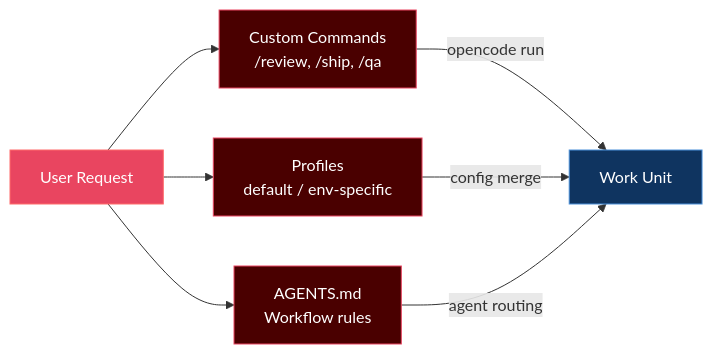
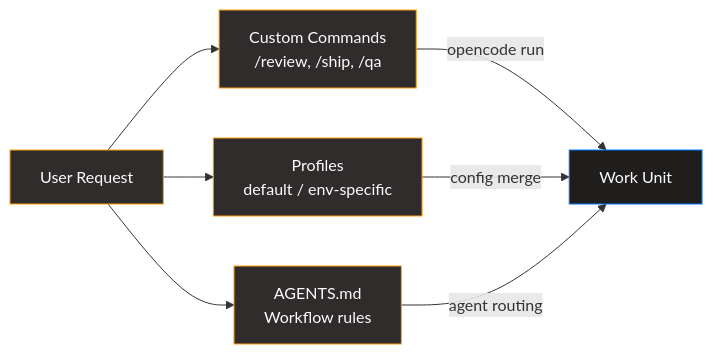
The second of 6 diagrams in README.md (sanjanb/my-agent-harness), drawn with Mermaid before and after one commit. The commit also changed other lines of this file and 16 other files, not shown here.

````diff
--- a/README.md
+++ b/README.md
@@ -98,16 +98,16 @@
 ```mermaid
 graph LR
     U["User Request"] --> C["Custom Commands<br/>/review, /ship, /qa"]
     U --> P["Profiles<br/>default / env-specific"]
     U --> R["AGENTS.md<br/>Workflow rules"]
 
     C -->|"opencode run"| OUT["Work Unit"]
     P -->|"config merge"| OUT
     R -->|"agent routing"| OUT
 
-    style U fill:#e94560,stroke:#ff6b6b,color:#fff
-    style C fill:#4a0000,stroke:#e94560,color:#fff
-    style P fill:#4a0000,stroke:#e94560,color:#fff
-    style R fill:#4a0000,stroke:#e94560,color:#fff
-    style OUT fill:#0f3460,stroke:#4a90d9,color:#fff
+    style U fill:#302c2c,stroke:#ff9f0a,color:#fdfcfc
+    style C fill:#302c2c,stroke:#ff9f0a,color:#fdfcfc
+    style P fill:#302c2c,stroke:#ff9f0a,color:#fdfcfc
+    style R fill:#302c2c,stroke:#ff9f0a,color:#fdfcfc
+    style OUT fill:#201d1d,stroke:#007aff,color:#fdfcfc
 ```
````
